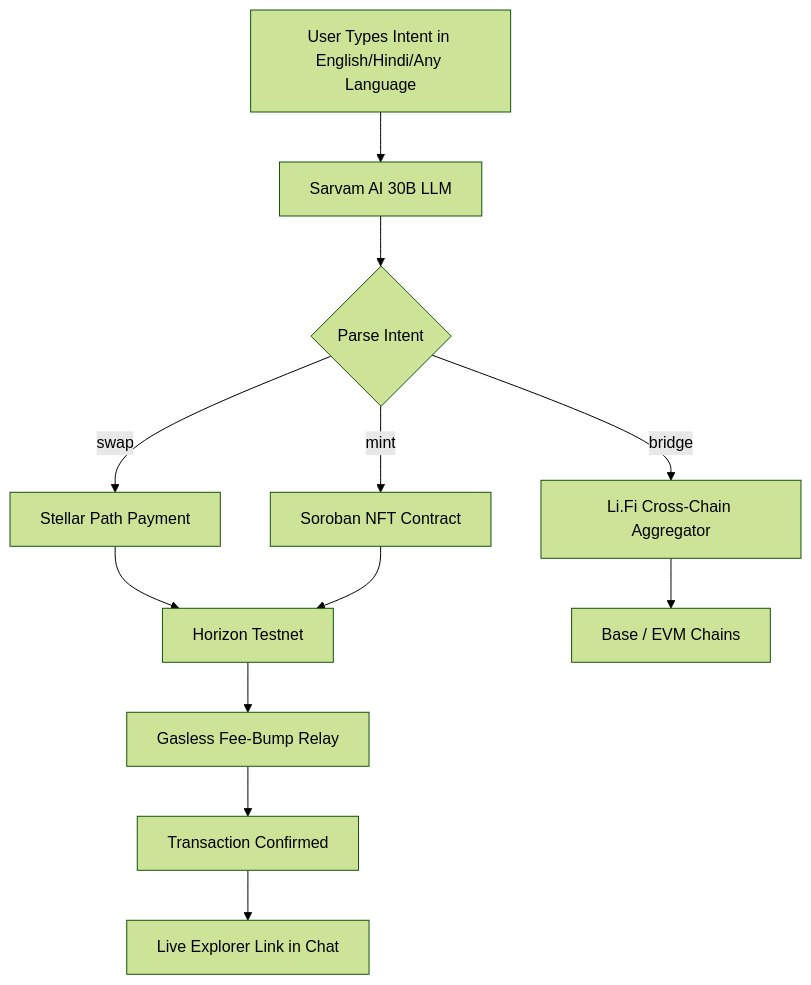
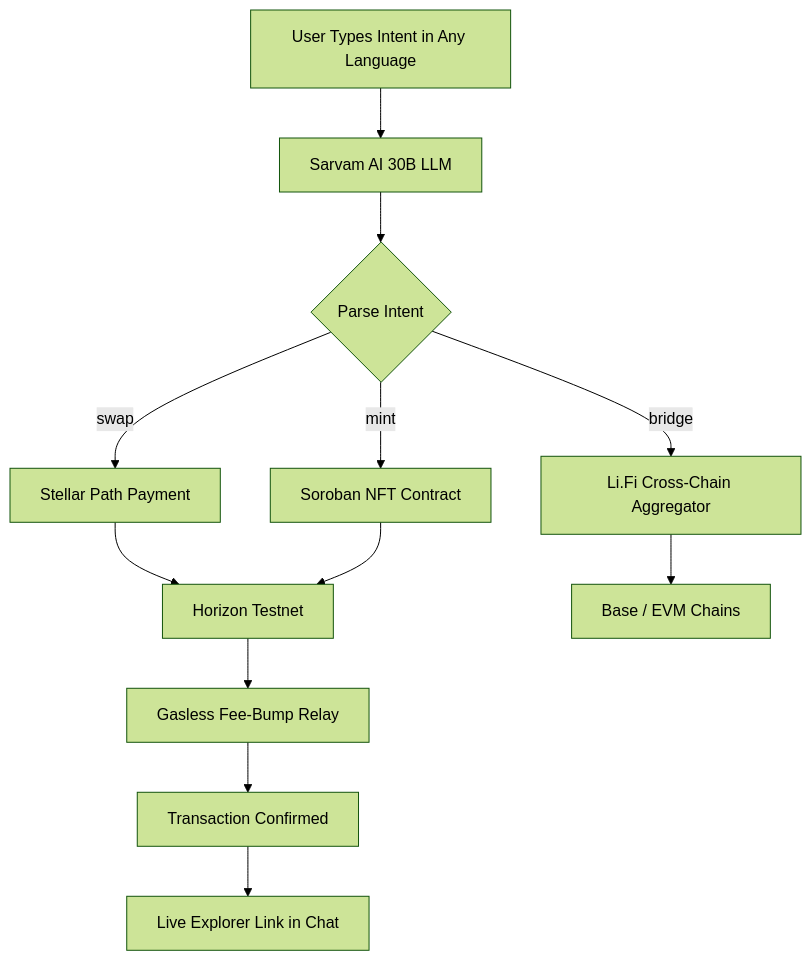
Before and after one commit to Precise-Goals/Spectrav2: the first of 19 diagrams in README.md, drawn with Mermaid (forest theme). The commit also changed other lines of this file, not shown here.

Commit message:
fix: correct all mermaid diagram syntax errors in README

````diff
--- a/README.md
+++ b/README.md
@@ -56,14 +56,14 @@
 ```mermaid
 graph TD
-    A[User Types Intent in English/Hindi/Any Language] --> B[Sarvam AI 30B LLM]
-    B --> C{Parse Intent}
-    C -->|swap| D[Stellar Path Payment]
-    C -->|bridge| E[Li.Fi Cross-Chain Aggregator]
-    C -->|mint| F[Soroban NFT Contract]
-    D --> G[Horizon Testnet]
-    E --> H[Base / EVM Chains]
+    A["User Types Intent in Any Language"] --> B["Sarvam AI 30B LLM"]
+    B --> C{"Parse Intent"}
+    C -->|swap| D["Stellar Path Payment"]
+    C -->|bridge| E["Li.Fi Cross-Chain Aggregator"]
+    C -->|mint| F["Soroban NFT Contract"]
+    D --> G["Horizon Testnet"]
+    E --> H["Base / EVM Chains"]
     F --> G
-    G --> I[Gasless Fee-Bump Relay]
-    I --> J[Transaction Confirmed]
-    J --> K[Live Explorer Link in Chat]
+    G --> I["Gasless Fee-Bump Relay"]
+    I --> J["Transaction Confirmed"]
+    J --> K["Live Explorer Link in Chat"]
 ```
````
